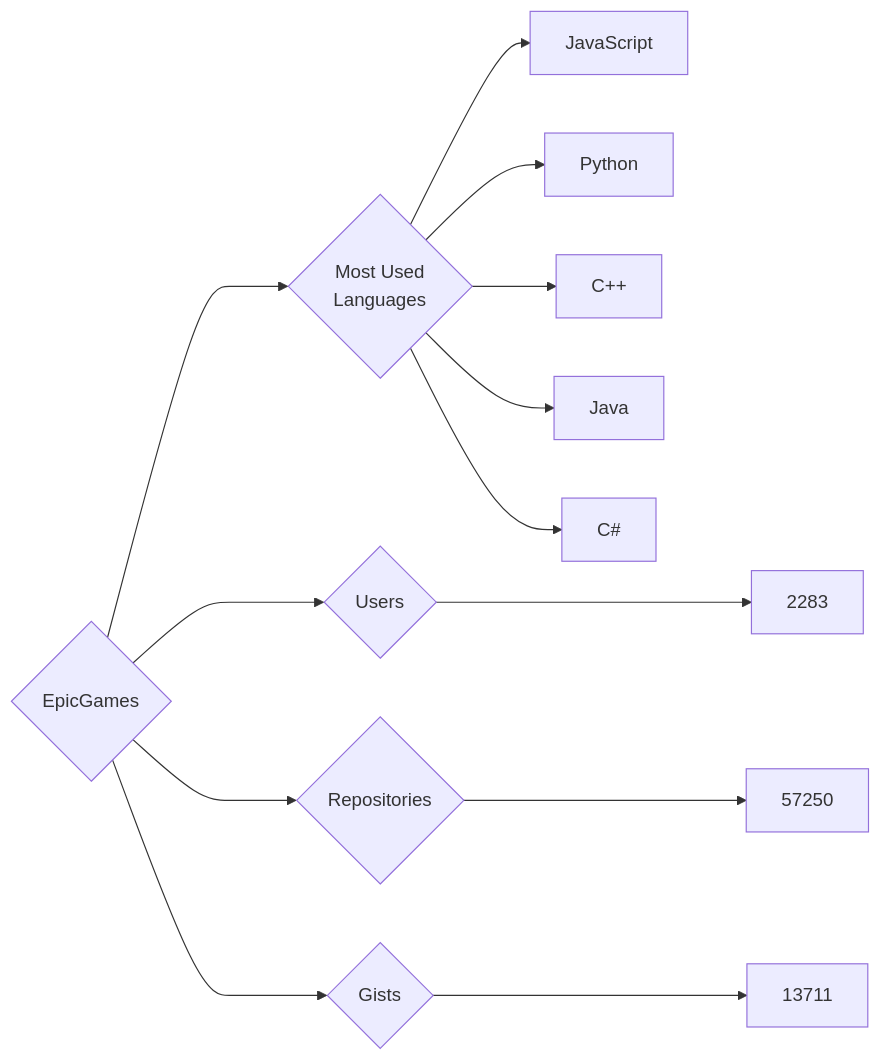
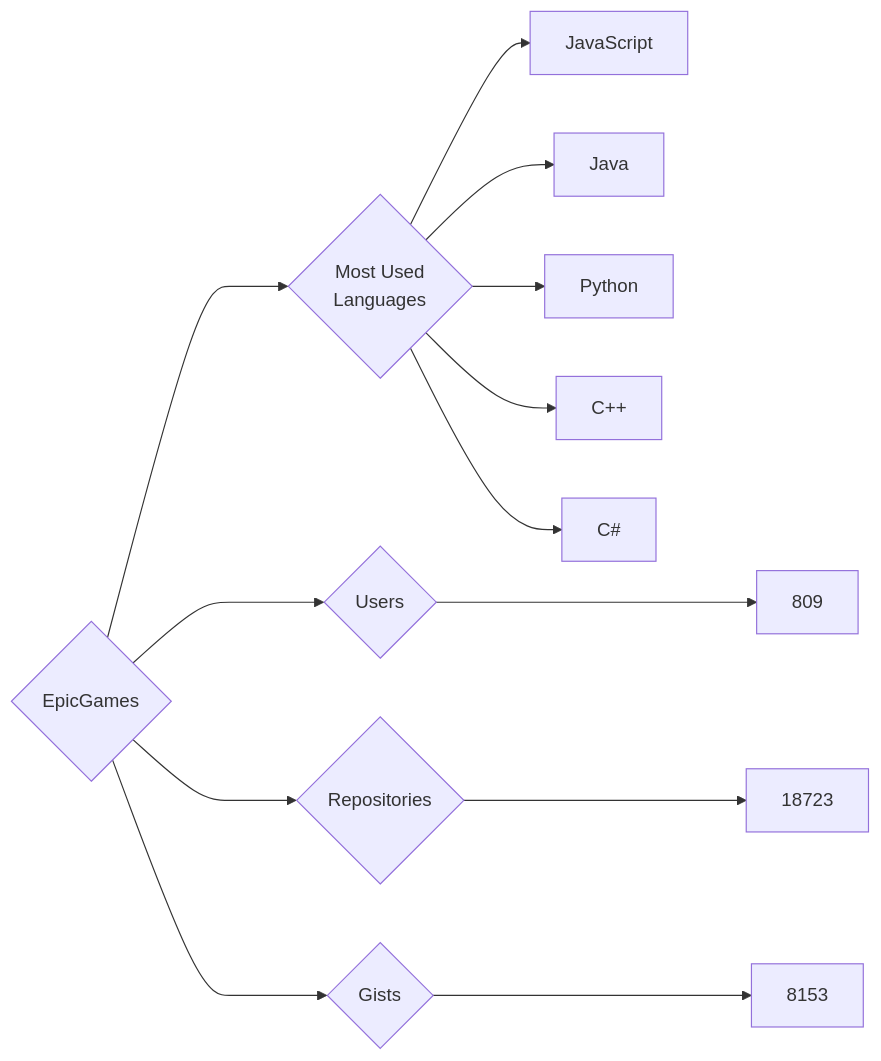
The diagram in targets/EpicGames/README.md (trickest/insiders), drawn with Mermaid before and after one commit. The commit also changed 1238 other files, not shown here.

````diff
--- a/targets/EpicGames/README.md
+++ b/targets/EpicGames/README.md
@@ -3,13 +3,13 @@
 ```mermaid
 graph LR
 COMPANY_NAME{EpicGames}
-COMPANY_NAME ---> U{Users} ---> UN[2283]
-COMPANY_NAME ---> R{Repositories} ---> RN[57250]
-COMPANY_NAME ---> G{Gists} ---> GN[13711]
+COMPANY_NAME ---> U{Users} ---> UN[809]
+COMPANY_NAME ---> R{Repositories} ---> RN[18723]
+COMPANY_NAME ---> G{Gists} ---> GN[8153]
 COMPANY_NAME ---> ML{Most Used<br>Languages}
 ML --> JavaScript[JavaScript]
+ML --> Java[Java]
 ML --> Python[Python]
 ML --> C++[C++]
-ML --> Java[Java]
 ML --> C#[C#]
 ```
````
